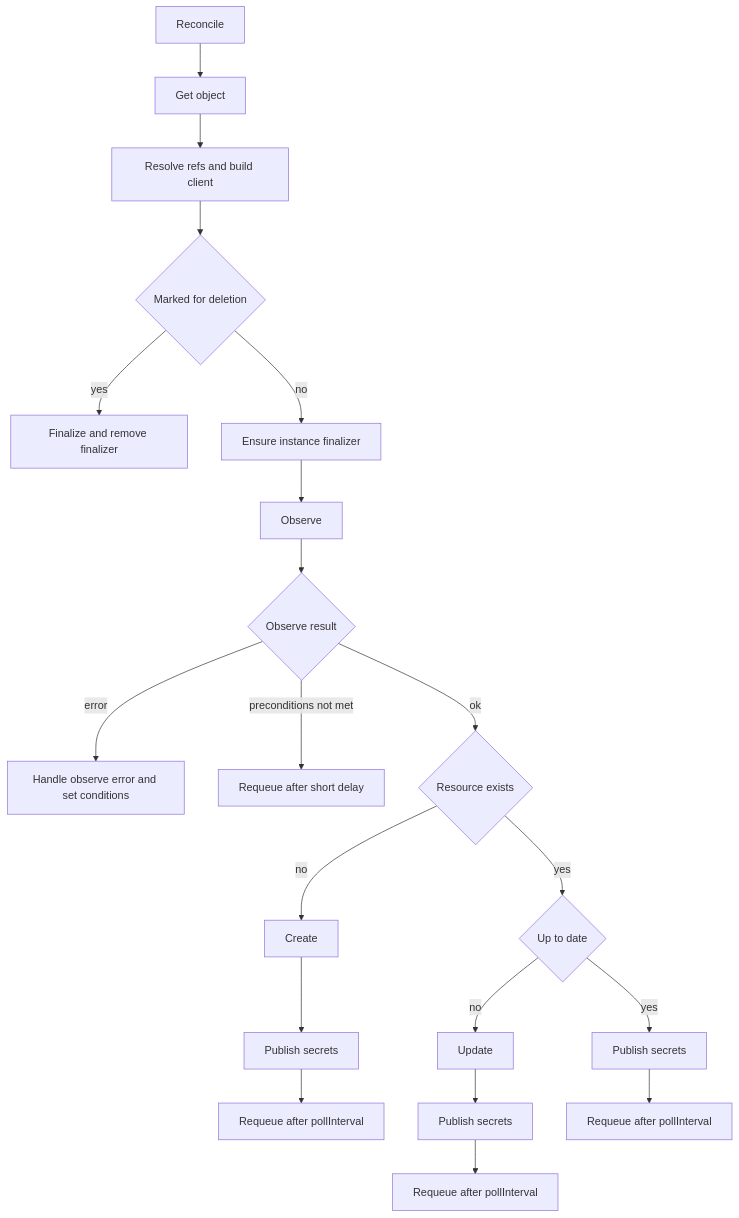
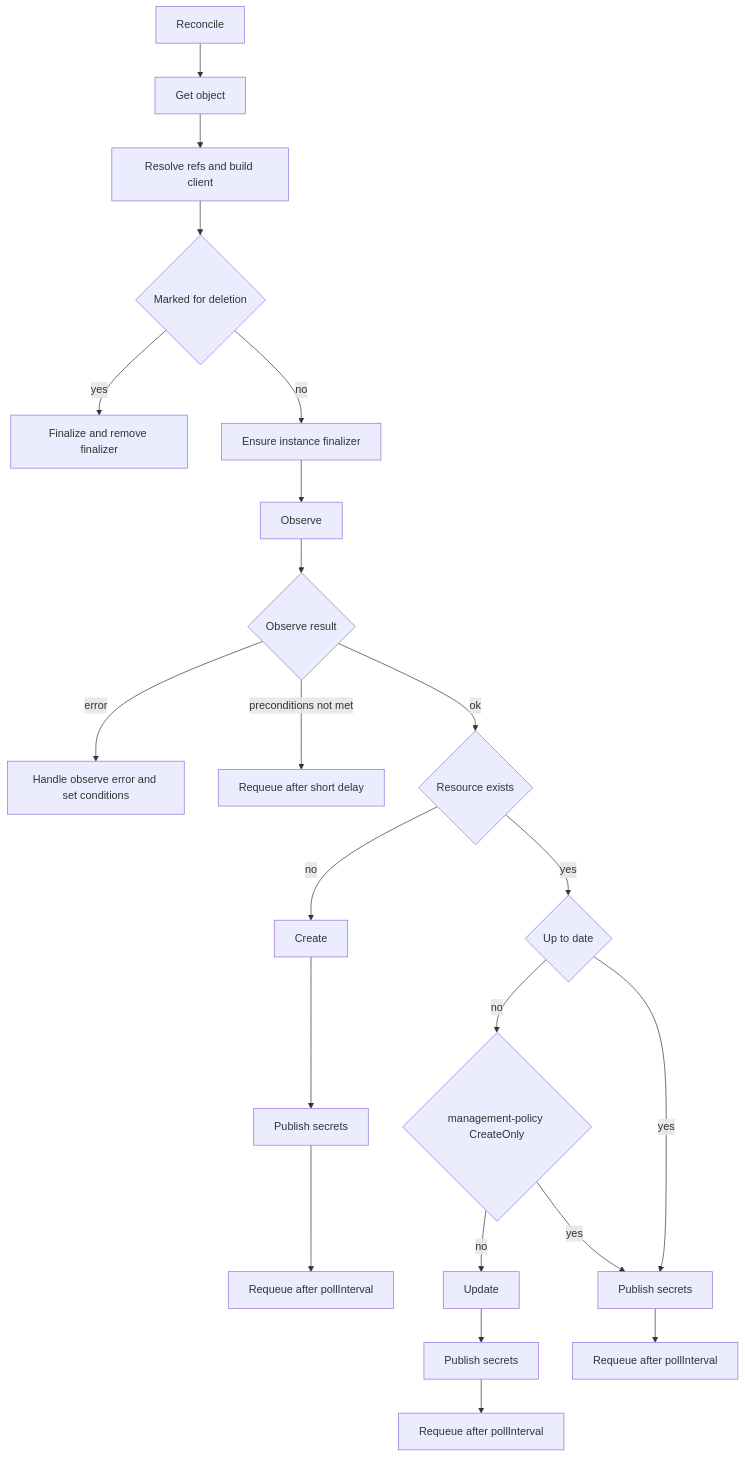
The diagram in docs/docs/controllers/reconciler.md (aiven/aiven-operator), drawn with Mermaid before and after one commit. The commit also changed other lines of this file and 9 other files, not shown here.

Commit message:
feat(reconciler): add management-policy CreateOnly annotation (#1326)

````diff
--- a/docs/docs/controllers/reconciler.md
+++ b/docs/docs/controllers/reconciler.md
@@ -22,26 +22,28 @@
 ```mermaid
 flowchart TD
   A[Reconcile] --> B[Get object]
   B --> C[Resolve refs and build client]
   C --> D{Marked for deletion}
   D -->|yes| F[Finalize and remove finalizer]
   D -->|no| E[Ensure instance finalizer]
 
   E --> G[Observe]
   G --> H{Observe result}
   H -->|error| H1[Handle observe error and set conditions]
   H -->|preconditions not met| H2[Requeue after short delay]
   H -->|ok| I{Resource exists}
 
   I -->|no| J[Create]
   J --> J1[Publish secrets]
   J1 --> J2[Requeue after pollInterval]
 
   I -->|yes| K{Up to date}
-  K -->|no| L[Update]
+  K -->|no| K1{management-policy CreateOnly}
+  K1 -->|no| L[Update]
   L --> L1[Publish secrets]
   L1 --> L2[Requeue after pollInterval]
 
   K -->|yes| M[Publish secrets]
+  K1 -->|yes| M
   M --> M1[Requeue after pollInterval]
 ```
````
